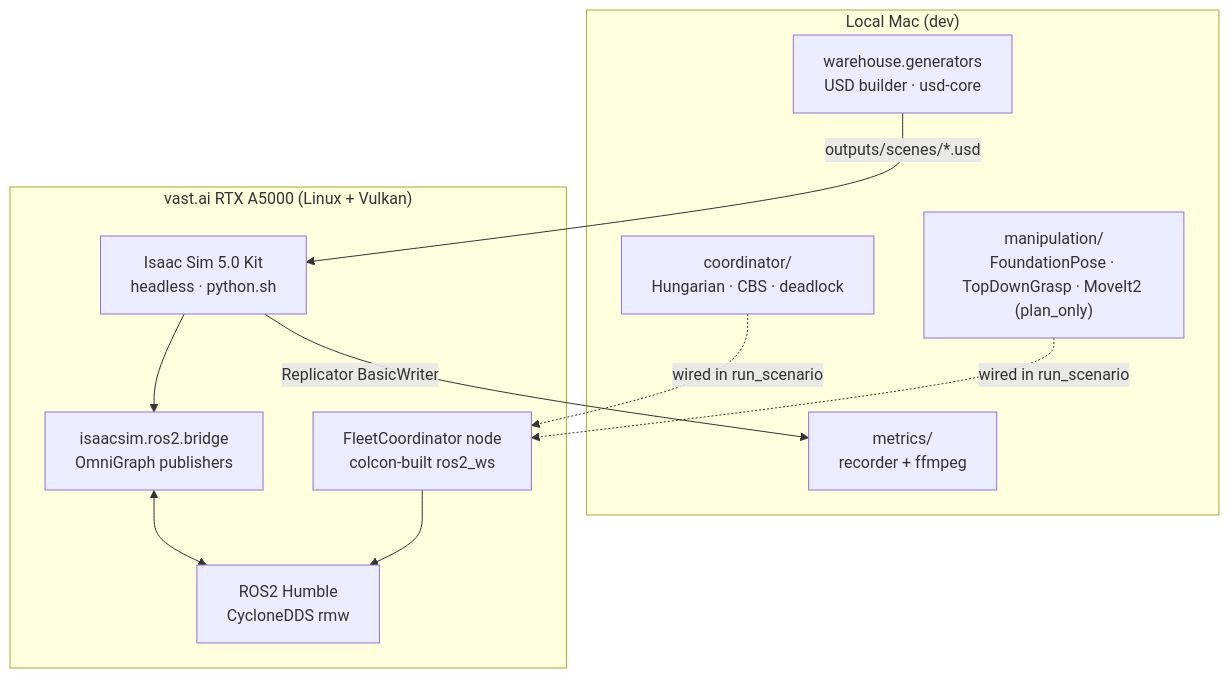
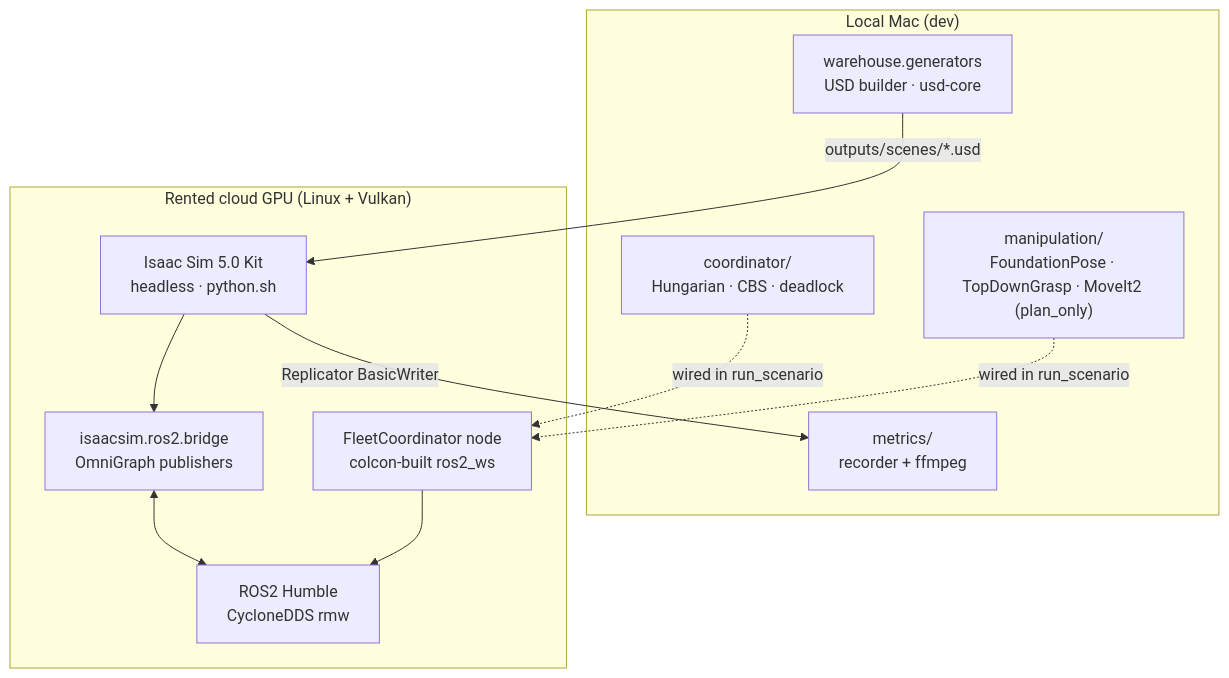
Before and after one commit to zeon01/warehouse-digital-twin: the diagram in README.md, drawn with Mermaid. The commit also changed other lines of this file, not shown here.

First line of the commit message:
docs(readme): scrub Modal and vast.ai brand mentions

````diff
--- a/README.md
+++ b/README.md
@@ -80,24 +80,24 @@
 ```mermaid
 graph TB
     subgraph Local["Local Mac (dev)"]
         SceneGen["warehouse.generators<br/>USD builder · usd-core"]
         Coord["coordinator/<br/>Hungarian · CBS · deadlock"]
         Manip["manipulation/<br/>FoundationPose · TopDownGrasp · MoveIt2 (plan_only)"]
         Metrics["metrics/<br/>recorder + ffmpeg"]
     end
 
-    subgraph VastAI["vast.ai RTX A5000 (Linux + Vulkan)"]
+    subgraph Cloud["Rented cloud GPU (Linux + Vulkan)"]
         IsaacSim["Isaac Sim 5.0 Kit<br/>headless · python.sh"]
         ROS2["ROS2 Humble<br/>CycloneDDS rmw"]
         Bridge["isaacsim.ros2.bridge<br/>OmniGraph publishers"]
         Fleet["FleetCoordinator node<br/>colcon-built ros2_ws"]
     end
 
     SceneGen -->|outputs/scenes/*.usd| IsaacSim
     IsaacSim --> Bridge
     Bridge <--> ROS2
     Fleet --> ROS2
     Coord -.->|wired in run_scenario| Fleet
     Manip -.->|wired in run_scenario| Fleet
     IsaacSim -->|Replicator BasicWriter| Metrics
 ```
````
